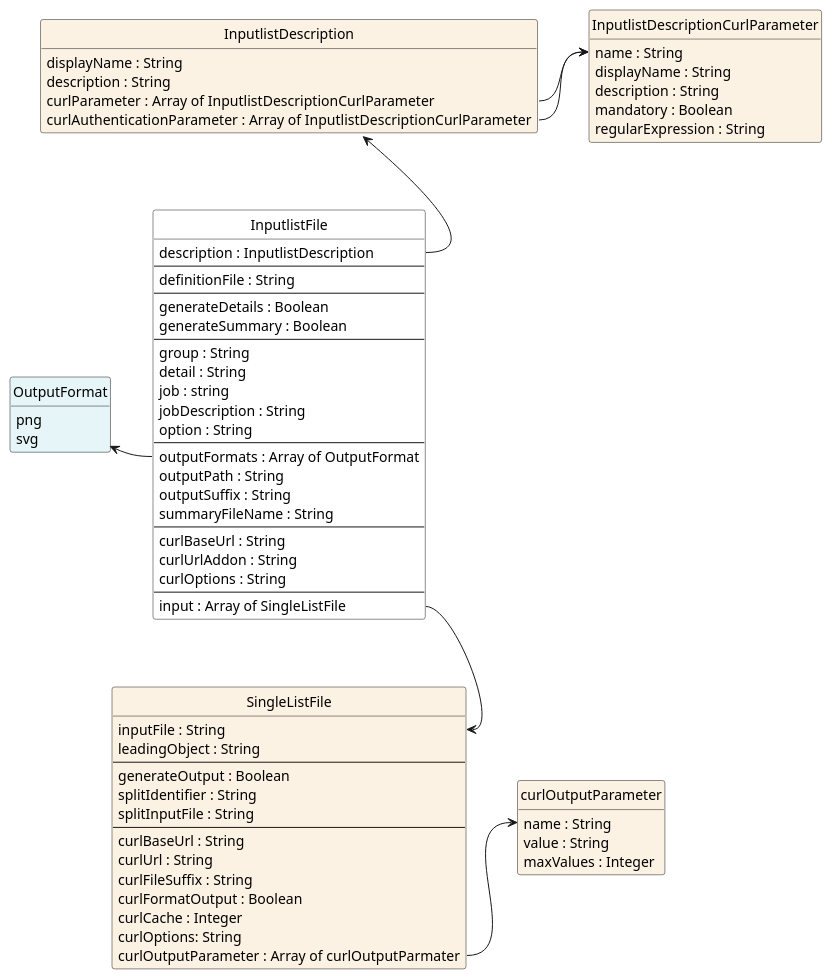
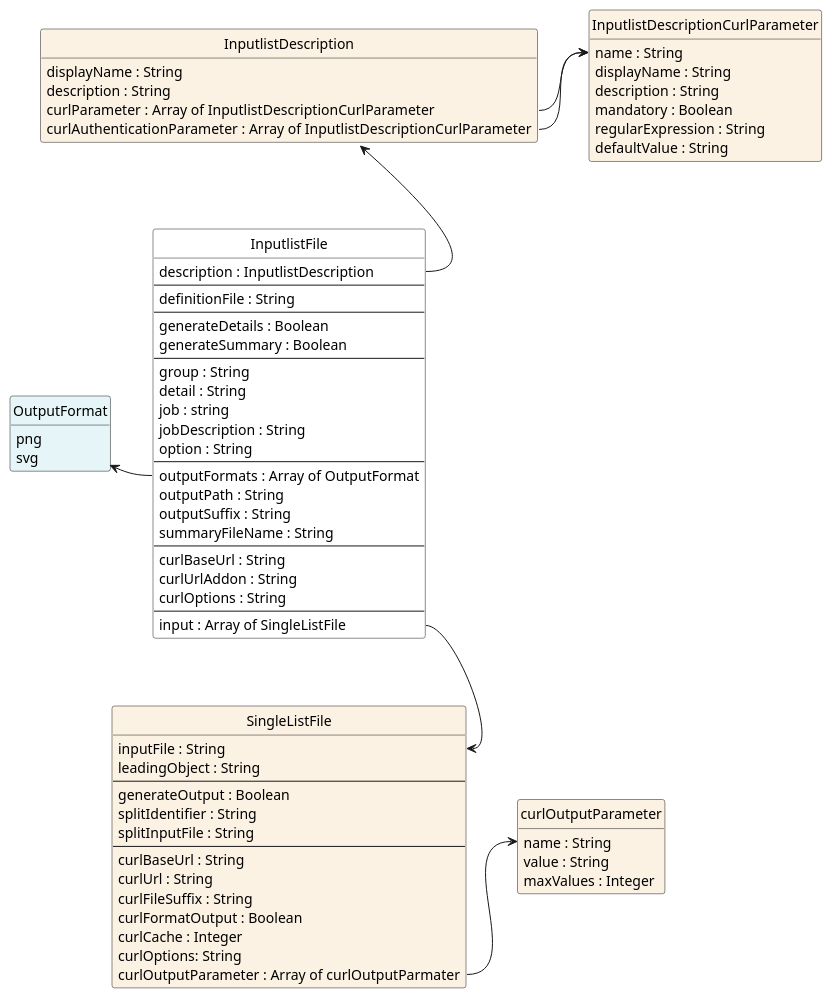
One commit to jfudickar/json2puml changed the diagram in documentation/models/listfile/listfile.puml. Above: the diagram before and after it, drawn with PlantUML. The commit also changed 4 other files, not shown here.

```diff
--- a/documentation/models/listfile/listfile.puml
+++ b/documentation/models/listfile/listfile.puml
@@ -1,90 +1,91 @@
 @startuml
 hide circle
 hide methods
 hide stereotype
 'skinparam linetype polyline
 show <<Enumeration>> stereotype
 skinparam class {
    BackgroundColor<<Enumeration>> #E6F5F7
    BackgroundColor<<Ref>> #FFFFE0
    BackgroundColor<<Pivot>> #FFFFFFF
    BackgroundColor #FCF2E3
 }
 
 class OutputFormat <<Enumeration>> {
     png
     svg
 }
 
 class InputlistDescription {
     displayName : String
     description : String
     curlParameter : Array of InputlistDescriptionCurlParameter
     curlAuthenticationParameter : Array of InputlistDescriptionCurlParameter
 }
 
 class InputlistDescriptionCurlParameter {
     name : String
     displayName : String
     description : String
     mandatory : Boolean
     regularExpression : String
+    defaultValue : String
 }
 
 class InputlistFile  <<Pivot>> {
   description : InputlistDescription
   --
   definitionFile : String
   --
   generateDetails : Boolean 
   generateSummary : Boolean
   --
   group : String
   detail : String
   job : string
   jobDescription : String
   option : String
   --
   outputFormats : Array of OutputFormat 
   outputPath : String
   outputSuffix : String
   summaryFileName : String
   --
   curlBaseUrl : String
   curlUrlAddon : String 
   curlOptions : String
   --
   input : Array of SingleListFile
 }
 
 class curlOutputParameter {
     name : String
     value : String
     maxValues : Integer
 }
 
 class SingleListFile {
     inputFile : String
     leadingObject : String
     ---
 	generateOutput : Boolean
     splitIdentifier : String
     splitInputFile : String
     ---
     curlBaseUrl : String
     curlUrl : String
     curlFileSuffix : String
     curlFormatOutput : Boolean
 	curlCache : Integer
     curlOptions: String
 	curlOutputParameter : Array of curlOutputParmater
 }
 
 InputlistFile::input --> SingleListFile::inputFile
 InputlistFile::outputFormats -left-> OutputFormat
 InputlistFile::description -up-> InputlistDescription
 InputlistDescription::curlParameter -right-> InputlistDescriptionCurlParameter::name
 InputlistDescription::curlAuthenticationParameter -right-> InputlistDescriptionCurlParameter::name
 SingleListFile::curlOutputParameter -right-> curlOutputParameter::name
 
 @enduml
```
